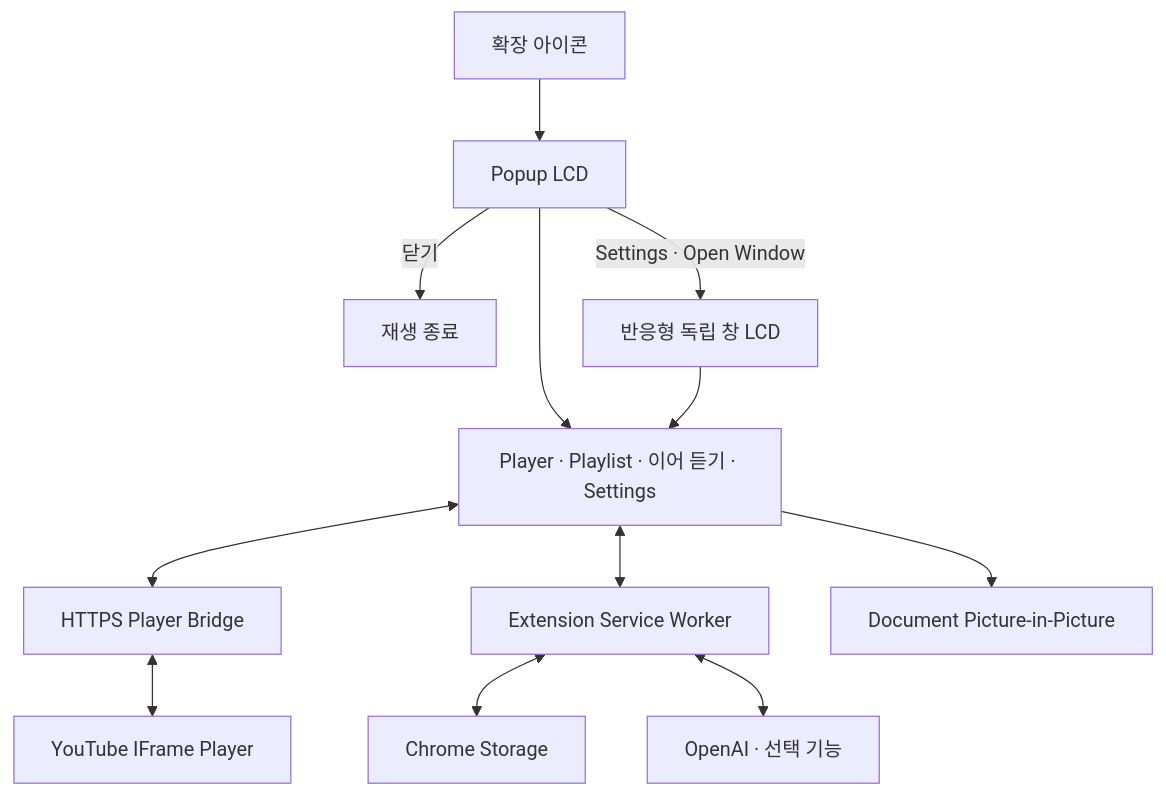
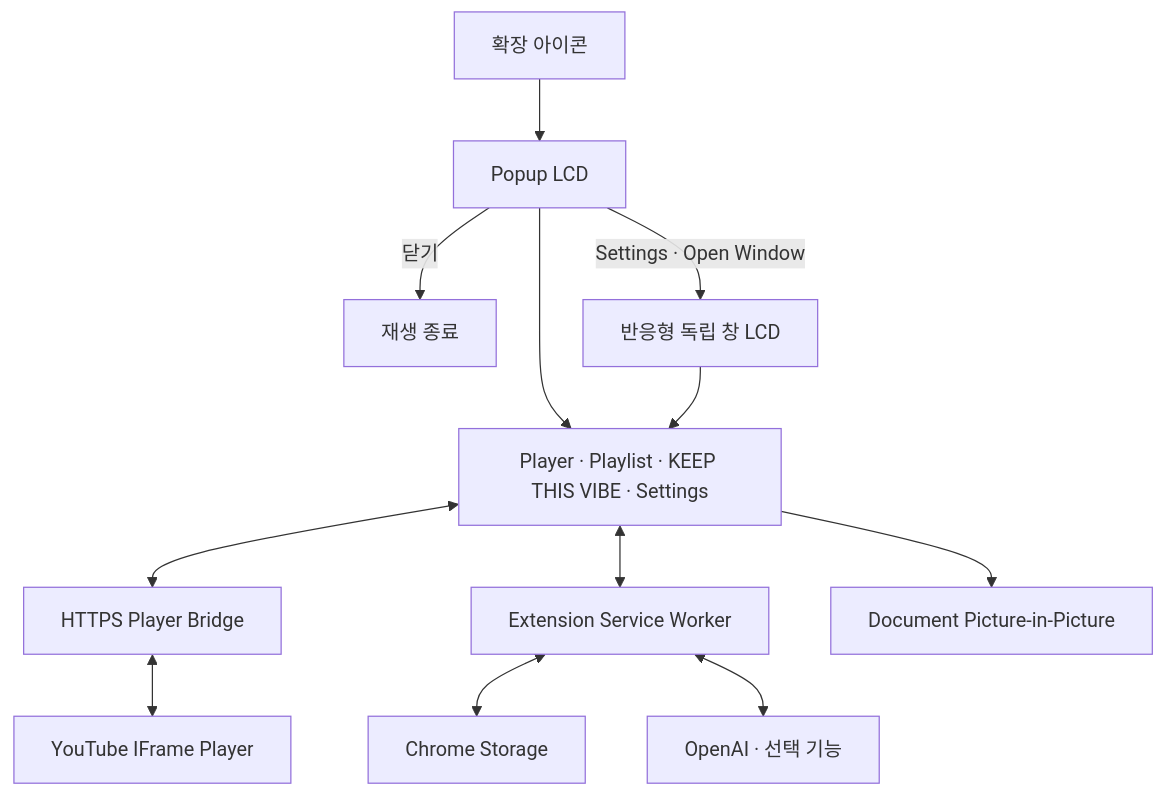
Before and after one commit to seoheejung/pixel-jukebox: the diagram in README.md, drawn with Mermaid. The commit also changed other lines of this file, not shown here.

Commit message:
docs: refresh readme for keep this vibe

````diff
--- a/README.md
+++ b/README.md
@@ -36,14 +37,14 @@
 ```mermaid
 flowchart TD
     Icon["확장 아이콘"] --> Popup["Popup LCD"]
     Popup -->|닫기| Stop["재생 종료"]
     Popup -->|Settings · Open Window| Window["반응형 독립 창 LCD"]
-    Popup --> UI["Player · Playlist · 이어 듣기 · Settings"]
+    Popup --> UI["Player · Playlist · KEEP THIS VIBE · Settings"]
     Window --> UI
     UI <--> Bridge["HTTPS Player Bridge"]
     Bridge <--> YouTube["YouTube IFrame Player"]
     UI <--> Worker["Extension Service Worker"]
     Worker <--> Storage["Chrome Storage"]
     Worker <--> OpenAI["OpenAI · 선택 기능"]
     UI --> PiP["Document Picture-in-Picture"]
 ```
````
